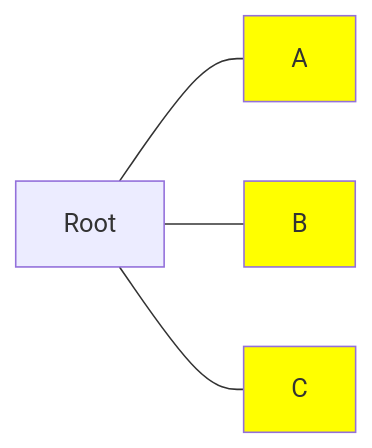
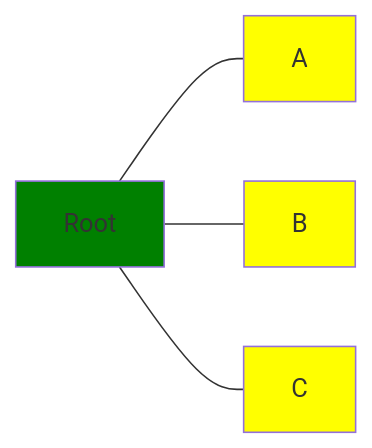
Before and after one commit to input-output-hk/catalyst-libs: the third of 10 diagrams in rust/rbac-registration/examples.md, drawn with Mermaid. The commit also changed other lines of this file, not shown here.

````diff
--- a/rust/rbac-registration/examples.md
+++ b/rust/rbac-registration/examples.md
@@ -59,9 +66,10 @@
 ```mermaid
 flowchart LR
     Root[Root] --- A[A]
     Root --- B[B]
     Root --- C[C]
+    style Root fill: green
     style A fill: yellow
     style B fill: yellow
     style C fill: yellow
 ```
````
